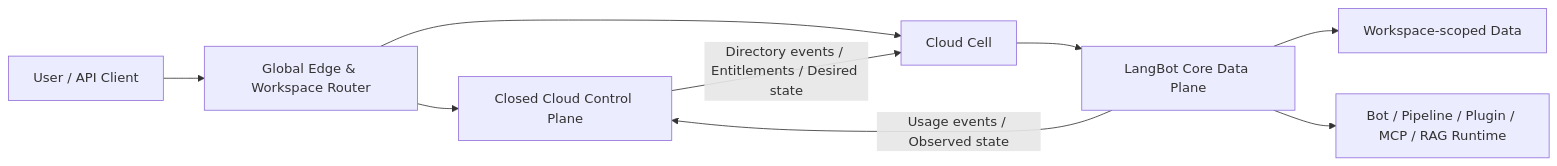
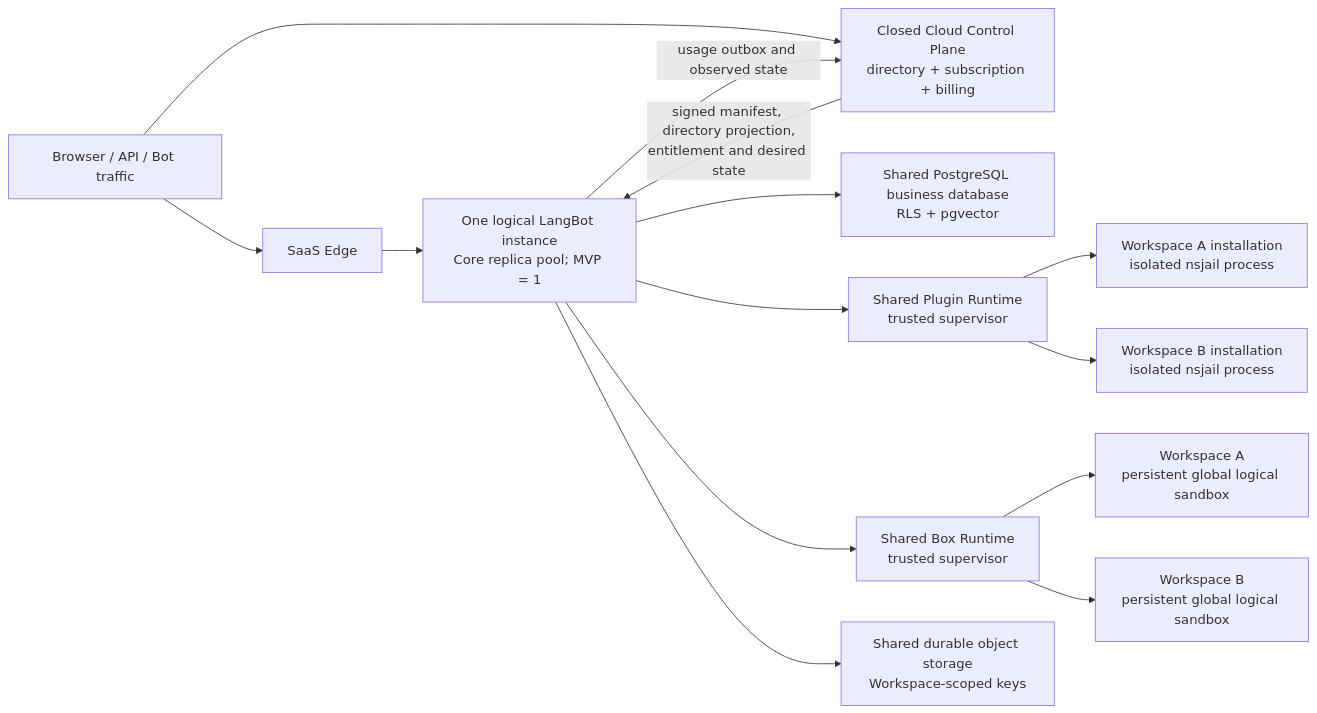
The diagram in docs/multi-tenant/workspace-multi-user-architecture.md (langbot-app/LangBot), drawn with Mermaid before and after one commit. The commit also changed other lines of this file and 29 other files, not shown here.

````diff
--- a/docs/multi-tenant/workspace-multi-user-architecture.md
+++ b/docs/multi-tenant/workspace-multi-user-architecture.md
@@ -239,11 +108,16 @@
 ```mermaid
 flowchart LR
-    User["User / API Client"] --> Edge["Global Edge & Workspace Router"]
-    Edge --> CP["Closed Cloud Control Plane"]
-    Edge --> Cell["Cloud Cell"]
-    CP -->|"Directory events / Entitlements / Desired state"| Cell
-    Cell --> Core["LangBot Core Data Plane"]
-    Core -->|"Usage events / Observed state"| CP
-    Core --> DB["Workspace-scoped Data"]
-    Core --> Runtime["Bot / Pipeline / Plugin / MCP / RAG Runtime"]
+    User["Browser / API / Bot traffic"] --> Edge["SaaS Edge"]
+    User --> CP["Closed Cloud Control Plane<br/>directory + subscription + billing"]
+    Edge --> Core["One logical LangBot instance<br/>Core replica pool; MVP = 1"]
+    CP -->|"signed manifest, directory projection,<br/>entitlement and desired state"| Core
+    Core -->|"usage outbox and observed state"| CP
+    Core --> PG["Shared PostgreSQL business database<br/>RLS + pgvector"]
+    Core --> PluginRT["Shared Plugin Runtime<br/>trusted supervisor"]
+    Core --> BoxRT["Shared Box Runtime<br/>trusted supervisor"]
+    PluginRT --> PluginA["Workspace A installation<br/>isolated nsjail process"]
+    PluginRT --> PluginB["Workspace B installation<br/>isolated nsjail process"]
+    BoxRT --> SandboxA["Workspace A<br/>persistent global logical sandbox"]
+    BoxRT --> SandboxB["Workspace B<br/>persistent global logical sandbox"]
+    Core --> ObjectStore["Shared durable object storage<br/>Workspace-scoped keys"]
 ```
````
